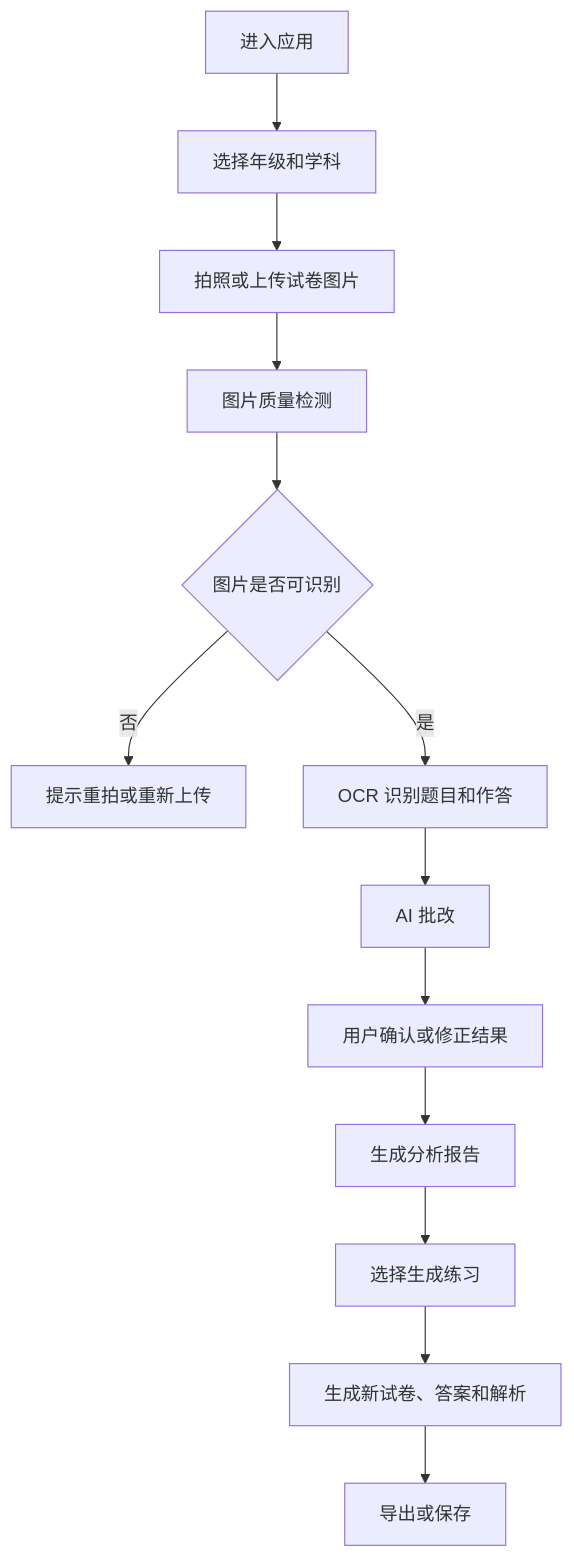
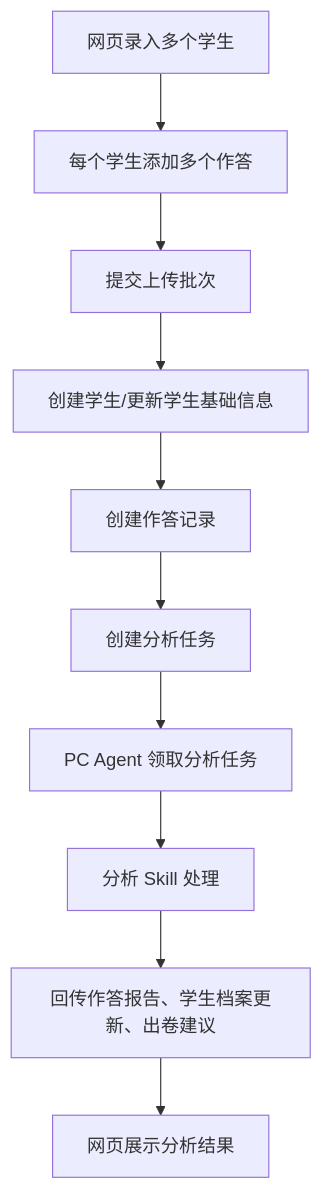
One commit to Madridspark/paper-analyzer changed the first of 3 diagrams in docs/prd.md. Above: the diagram before and after it, drawn with Mermaid. The commit also changed other lines of this file and 2 other files, not shown here.

Commit message:
Expand product requirements for agent workflow

````diff
--- a/docs/prd.md
+++ b/docs/prd.md
@@ -95,15 +516,12 @@
 ```mermaid
 flowchart TD
-    A["进入应用"] --> B["选择年级和学科"]
-    B --> C["拍照或上传试卷图片"]
-    C --> D["图片质量检测"]
-    D --> E{"图片是否可识别"}
-    E -- "否" --> F["提示重拍或重新上传"]
-    E -- "是" --> G["OCR 识别题目和作答"]
-    G --> H["AI 批改"]
-    H --> I["用户确认或修正结果"]
-    I --> J["生成分析报告"]
-    J --> K["选择生成练习"]
-    K --> L["生成新试卷、答案和解析"]
-    L --> M["导出或保存"]
+  A["网页录入多个学生"] --> B["每个学生添加多个作答"]
+  B --> C["提交上传批次"]
+  C --> D["创建学生/更新学生基础信息"]
+  D --> E["创建作答记录"]
+  E --> F["创建分析任务"]
+  F --> G["PC Agent 领取分析任务"]
+  G --> H["分析 Skill 处理"]
+  H --> I["回传作答报告、学生档案更新、出卷建议"]
+  I --> J["网页展示分析结果"]
 ```
````
